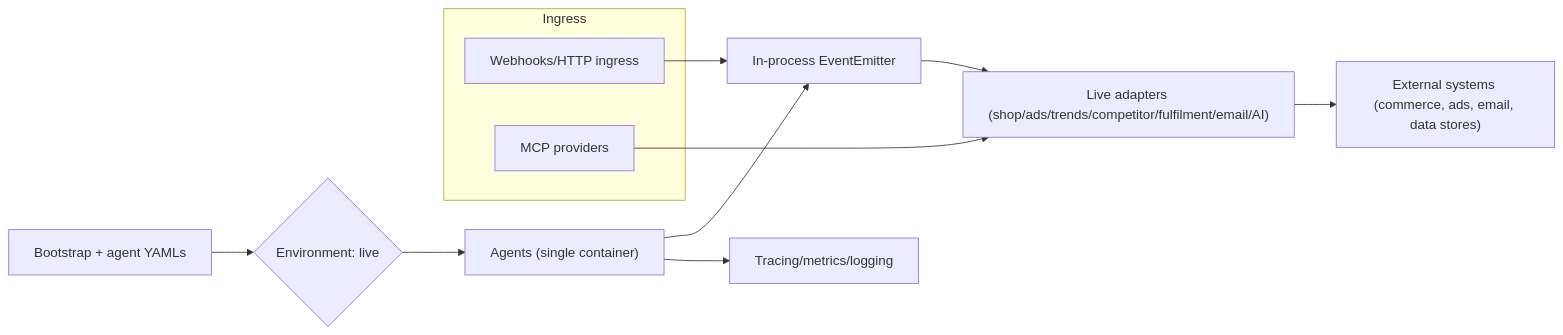
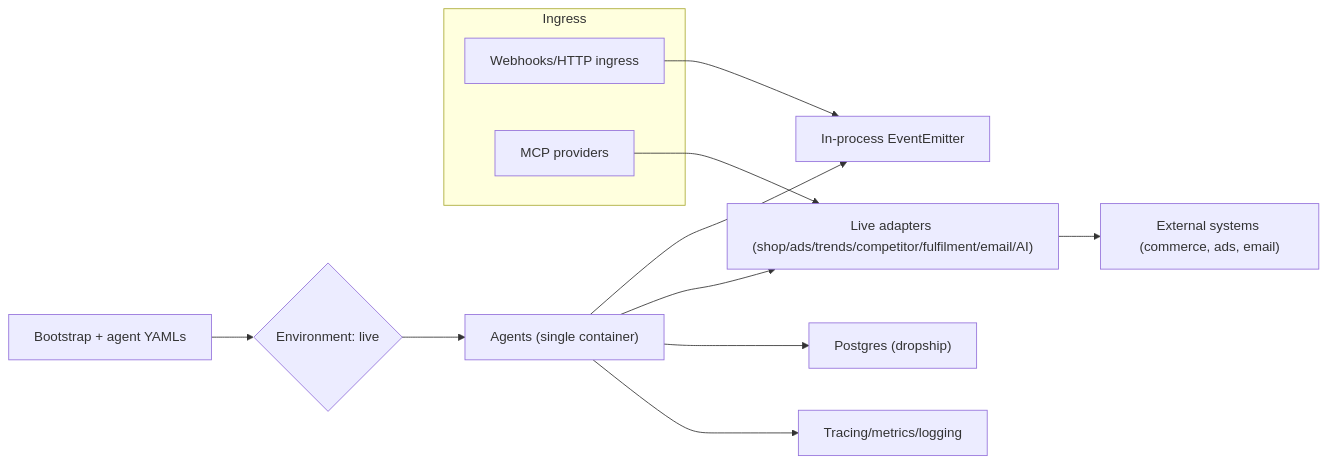
Before and after one commit to andylelli/ds1: the second of 2 diagrams in Documentation/Reference/ENVIRONMENT_SIMULATION_V_LIVE.md, drawn with Mermaid. The commit also changed other lines of this file and 1 other file, not shown here.

````diff
--- a/Documentation/Reference/ENVIRONMENT_SIMULATION_V_LIVE.md
+++ b/Documentation/Reference/ENVIRONMENT_SIMULATION_V_LIVE.md
@@ -29,15 +29,16 @@
 ```mermaid
 flowchart LR
   YAML[Bootstrap + agent YAMLs] --> Router{Environment: live}
   Router --> Agents["Agents (single container)"]
   Agents --> EventBus["In-process EventEmitter"]
-  EventBus --> LiveAdapters["Live adapters (shop/ads/trends/competitor/fulfilment/email/AI)"]
-  LiveAdapters --> ExternalSystems["External systems (commerce, ads, email, data stores)"]
+  Agents --> LiveAdapters["Live adapters (shop/ads/trends/competitor/fulfilment/email/AI)"]
+  Agents --> DB["Postgres (dropship)"]
+  LiveAdapters --> ExternalSystems["External systems (commerce, ads, email)"]
   subgraph Ingress
     Webhooks["Webhooks/HTTP ingress"]
     MCP[MCP providers]
   end
   Webhooks --> EventBus
   MCP --> LiveAdapters
   Agents --> Observability[Tracing/metrics/logging]
 ```
````
